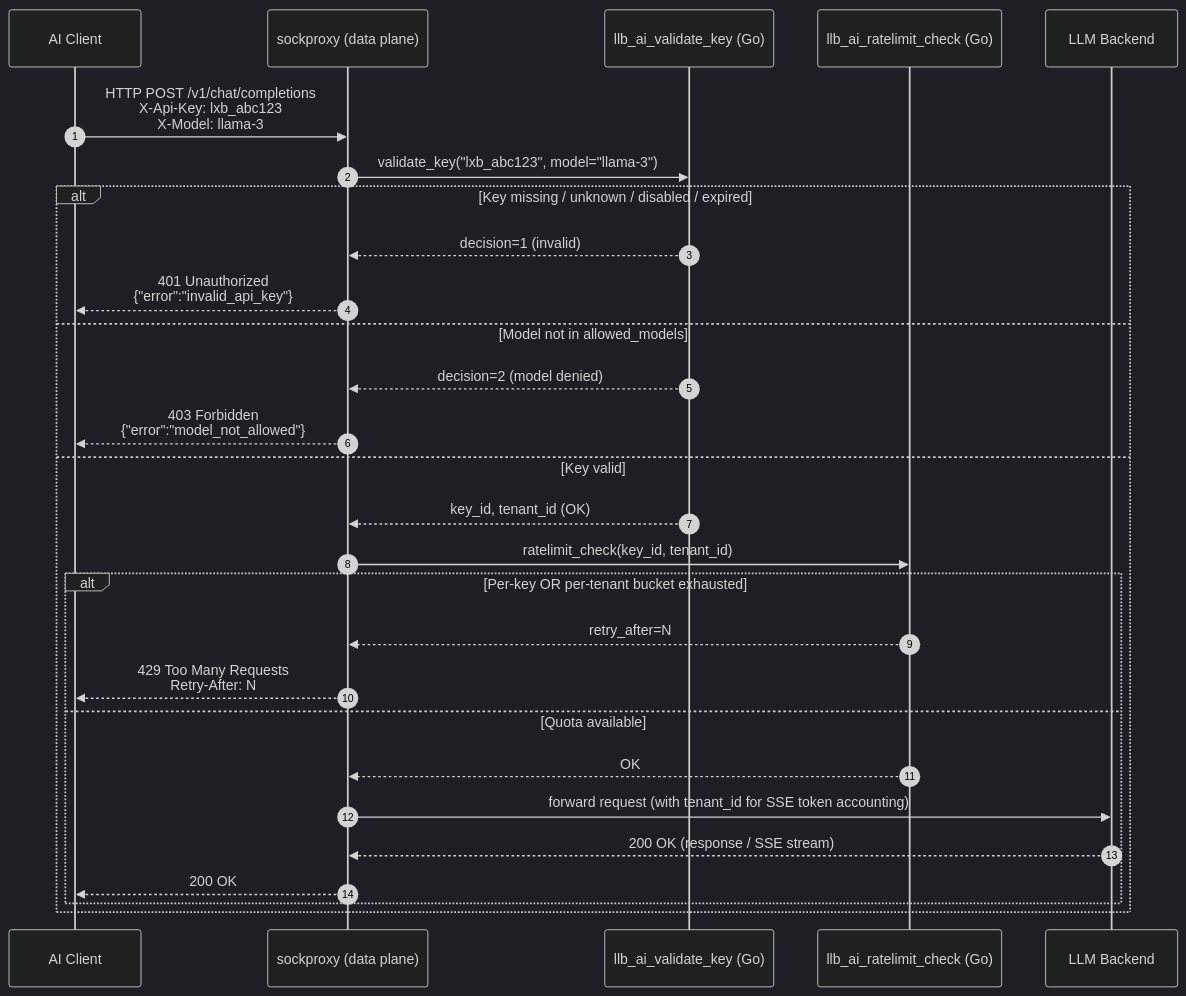
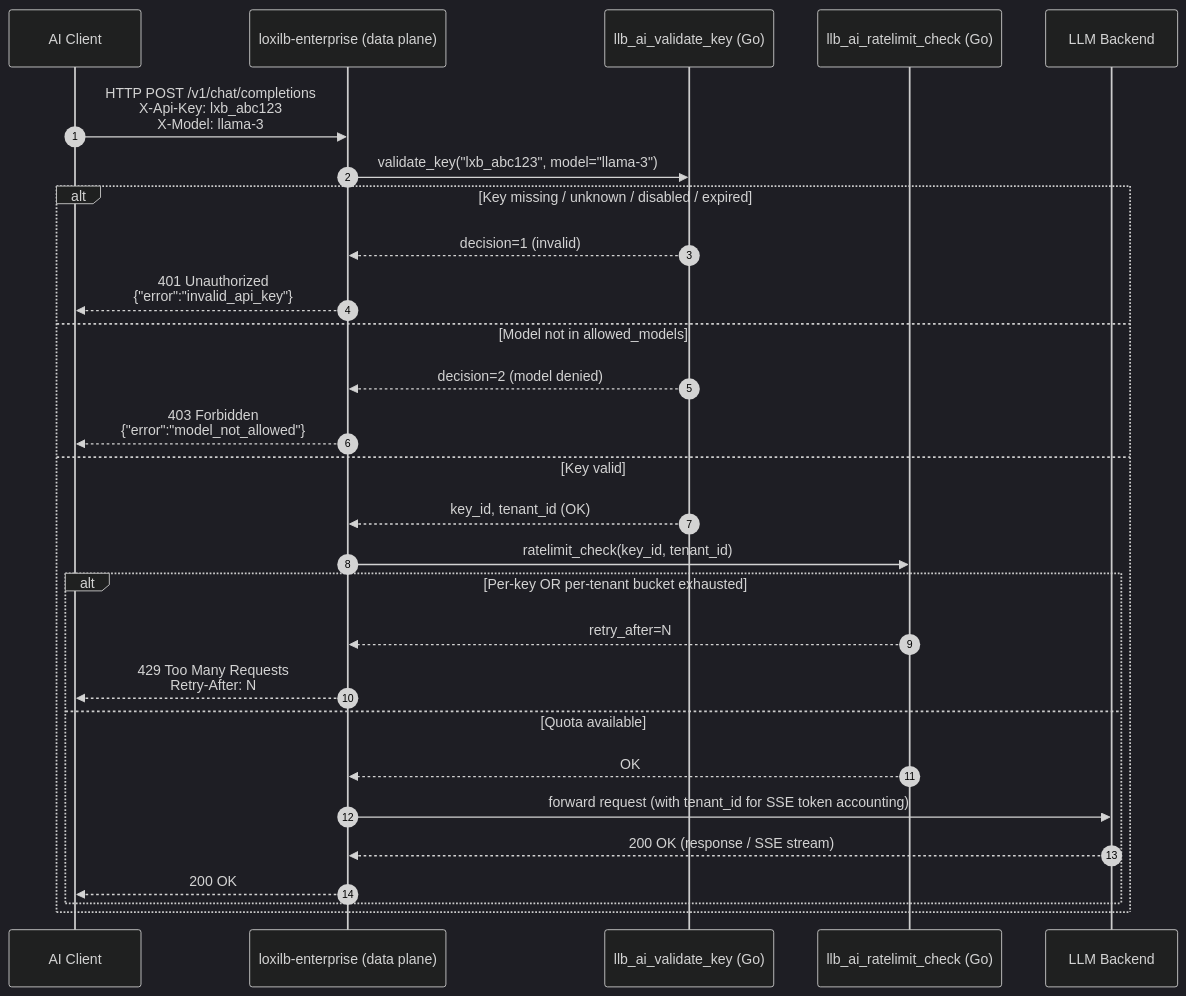
One commit to NLX-SeokHwanKong/loxilbdocs changed the second of 4 diagrams in docs/ai-gateway/api-key-management.md. Above: the diagram before and after it, drawn with Mermaid (dark theme). The commit also changed other lines of this file and 7 other files, not shown here.

````diff
--- a/docs/ai-gateway/api-key-management.md
+++ b/docs/ai-gateway/api-key-management.md
@@ -88,33 +88,33 @@
 ```mermaid
 sequenceDiagram
     autonumber
     participant C as AI Client
-    participant S as sockproxy (data plane)
+    participant S as loxilb-enterprise (data plane)
     participant G as llb_ai_validate_key (Go)
     participant R as llb_ai_ratelimit_check (Go)
     participant B as LLM Backend
 
     C->>S: HTTP POST /v1/chat/completions<br/>X-Api-Key: lxb_abc123<br/>X-Model: llama-3
 
     S->>G: validate_key("lxb_abc123", model="llama-3")
 
     alt Key missing / unknown / disabled / expired
         G-->>S: decision=1 (invalid)
         S-->>C: 401 Unauthorized<br/>{"error":"invalid_api_key"}
     else Model not in allowed_models
         G-->>S: decision=2 (model denied)
         S-->>C: 403 Forbidden<br/>{"error":"model_not_allowed"}
     else Key valid
         G-->>S: key_id, tenant_id (OK)
         S->>R: ratelimit_check(key_id, tenant_id)
         alt Per-key OR per-tenant bucket exhausted
             R-->>S: retry_after=N
             S-->>C: 429 Too Many Requests<br/>Retry-After: N
         else Quota available
             R-->>S: OK
             S->>B: forward request (with tenant_id for SSE token accounting)
             B-->>S: 200 OK (response / SSE stream)
             S-->>C: 200 OK
         end
     end
 ```
````
